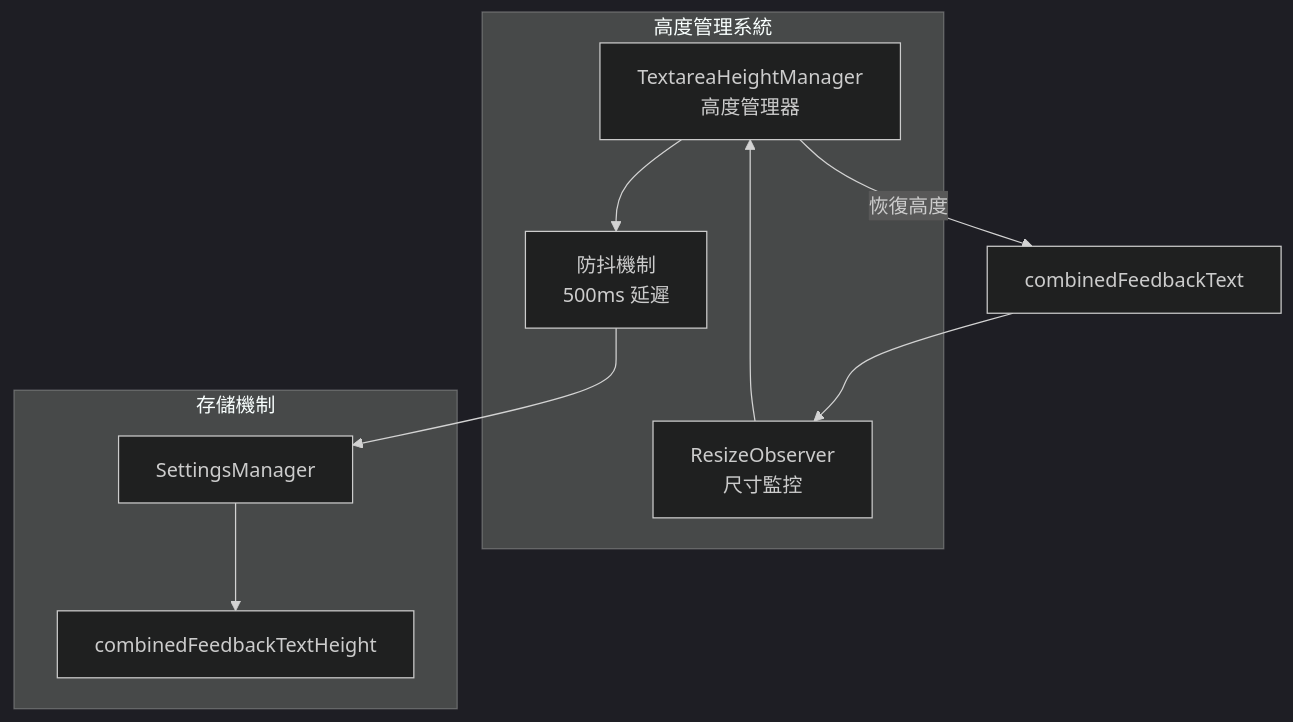
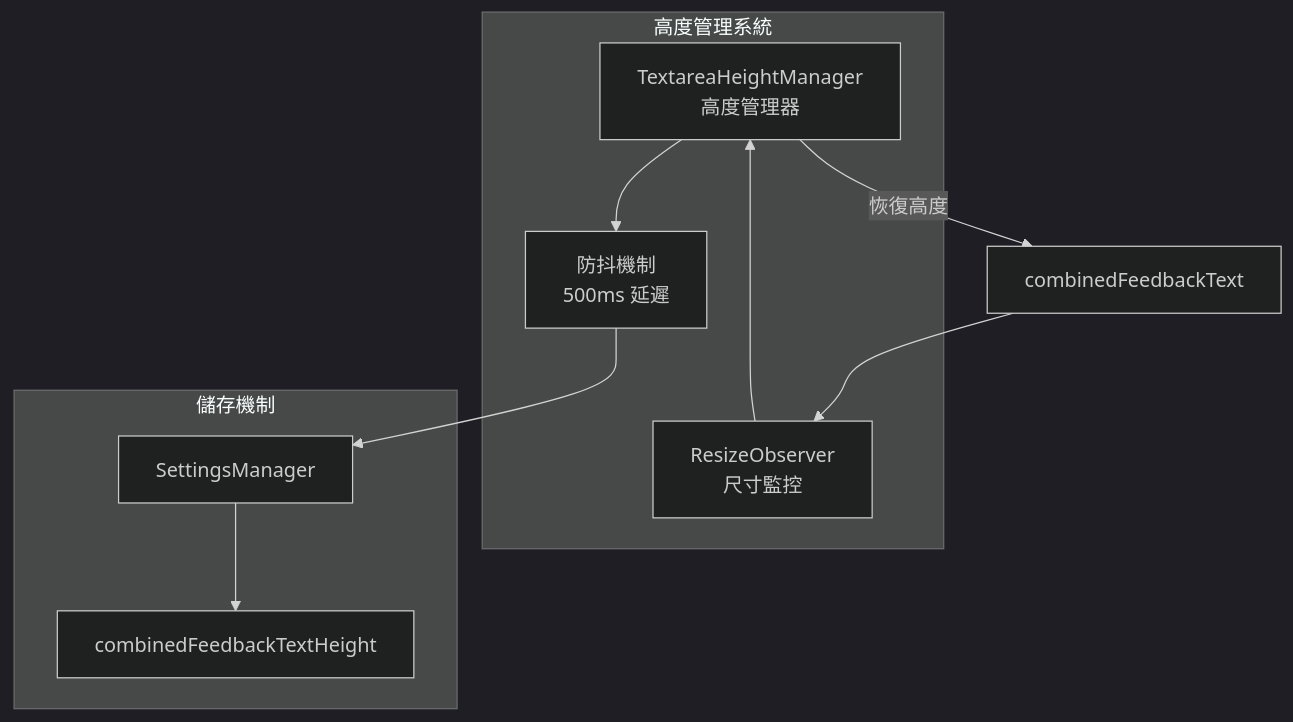
One commit to CloudEngineHub/mcp-feedback-enhanced changed the sixth of 8 diagrams in docs/architecture/system-overview.md. Above: the diagram before and after it, drawn with Mermaid (dark theme). The commit also changed other lines of this file, not shown here.

````diff
--- a/docs/architecture/system-overview.md
+++ b/docs/architecture/system-overview.md
@@ -435,21 +435,21 @@
 ```mermaid
 graph TB
     subgraph "高度管理系統"
         THM[TextareaHeightManager<br/>高度管理器]
         RO[ResizeObserver<br/>尺寸監控]
         DEBOUNCE[防抖機制<br/>500ms 延遲]
     end
 
-    subgraph "存儲機制"
+    subgraph "儲存機制"
         SETTINGS[SettingsManager]
         HEIGHT_KEY[combinedFeedbackTextHeight]
     end
 
     TEXTAREA[combinedFeedbackText] --> RO
     RO --> THM
     THM --> DEBOUNCE
     DEBOUNCE --> SETTINGS
     SETTINGS --> HEIGHT_KEY
 
     THM -->|恢復高度| TEXTAREA
 ```
````
